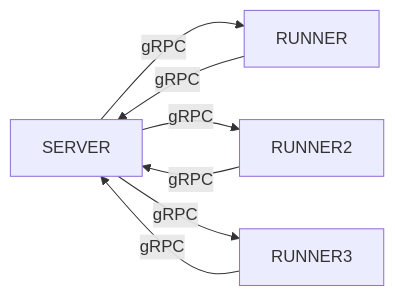
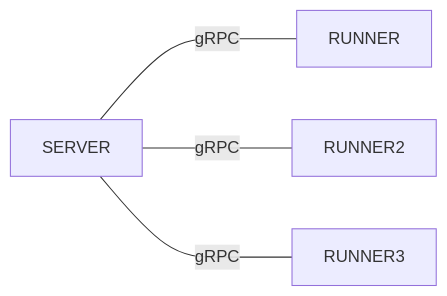
Before and after one commit to jgitkins/jgitkins-server: the first of 2 diagrams in docs/architector.md, drawn with Mermaid. The commit also changed other lines of this file and 37 other files, not shown here.

````diff
--- a/docs/architector.md
+++ b/docs/architector.md
@@ -6,9 +4,6 @@
 ``` mermaid 
 graph LR
-    A[SERVER] -->|gRPC| D[RUNNER]
-    A[SERVER] -->|gRPC| E[RUNNER2]
-    A[SERVER] -->|gRPC| F[RUNNER3]
-    D -->|gRPC| A[SERVER]
-    E -->|gRPC| A[SERVER]
-    F -->|gRPC| A[SERVER]
+    A[SERVER] <---|gRPC| D[RUNNER]
+    A[SERVER] <---|gRPC| E[RUNNER2]
+    A[SERVER] <---|gRPC| F[RUNNER3]
 ```
````
